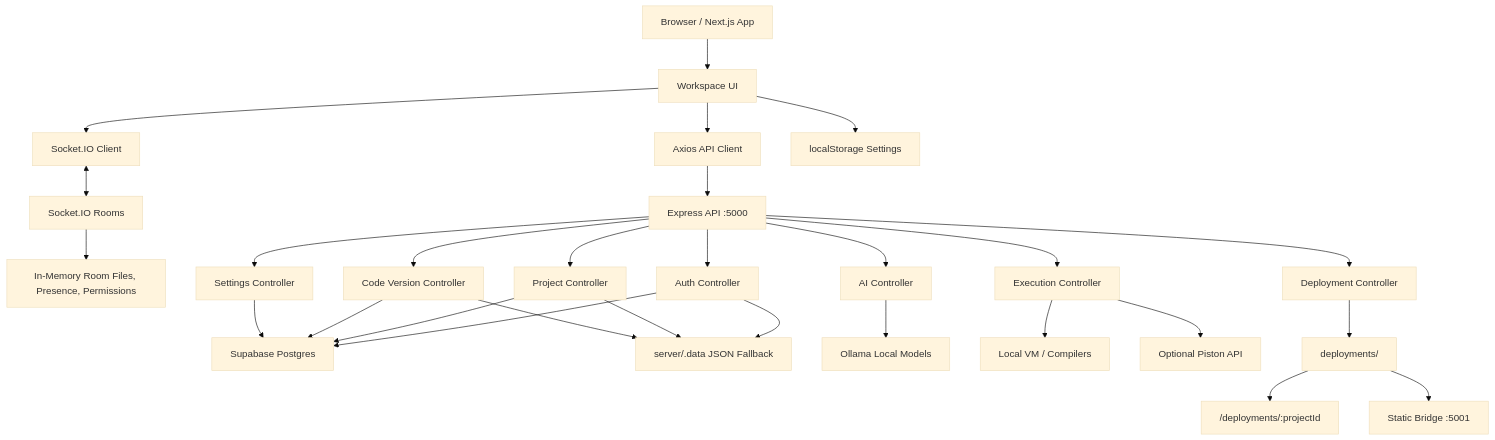
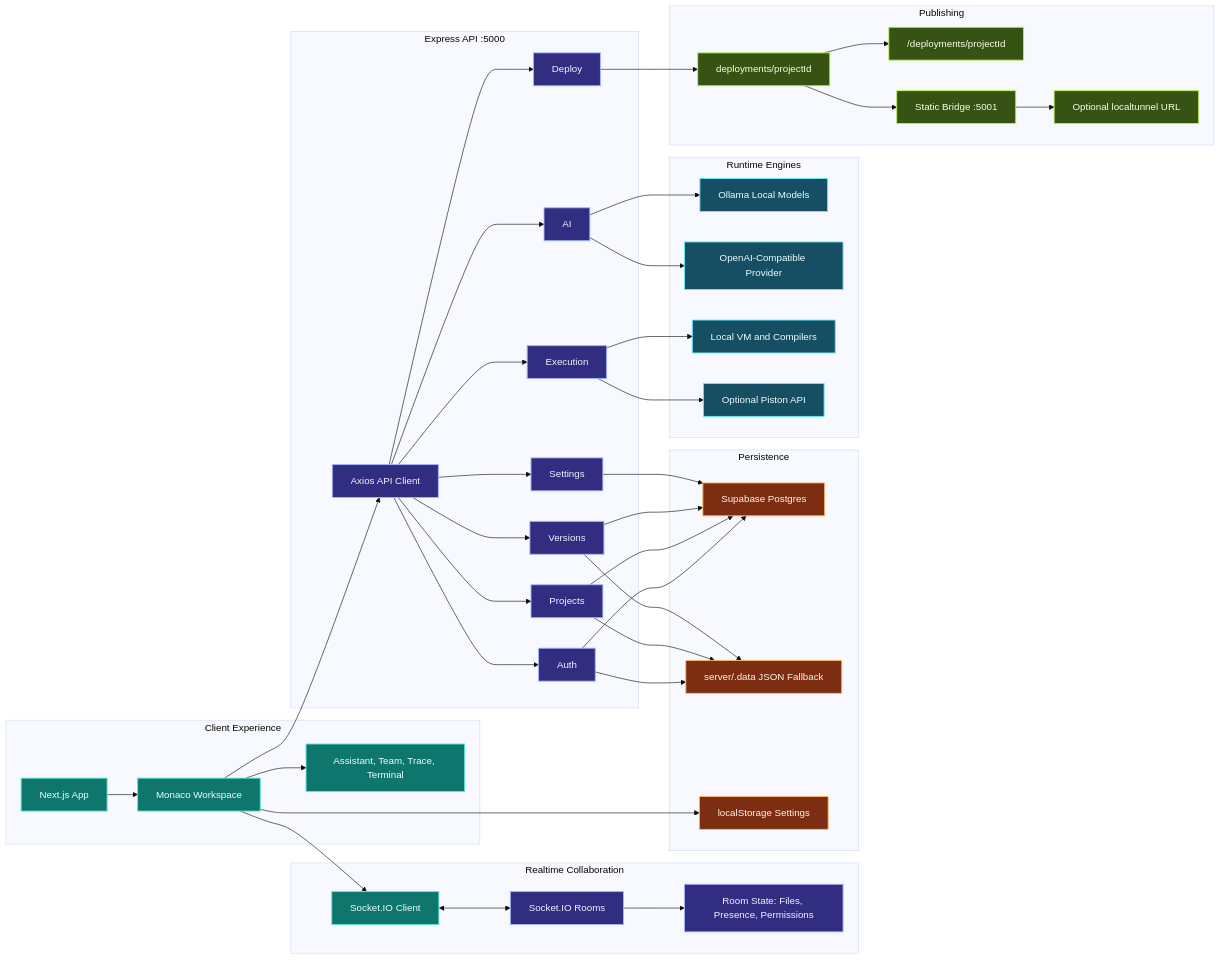
Before and after one commit to Ayush-Kumar0207/codeverse: the first of 2 diagrams in README.md, drawn with Mermaid (base theme). The commit also changed other lines of this file and 12 other files, not shown here.

Commit message:
feat: implement deployment service and client-side integration for project hosting

````diff
--- a/README.md
+++ b/README.md
@@ -247,35 +252,87 @@
 ```mermaid
-flowchart TD
-  Browser["Browser / Next.js App"] --> UI["Workspace UI"]
-  UI --> API["Axios API Client"]
-  UI --> SocketClient["Socket.IO Client"]
-  UI --> LocalState["localStorage Settings"]
+flowchart LR
+  classDef client fill:#0f766e,stroke:#5eead4,color:#ecfeff,stroke-width:1.5px;
+  classDef server fill:#312e81,stroke:#a5b4fc,color:#eef2ff,stroke-width:1.5px;
+  classDef data fill:#7c2d12,stroke:#fdba74,color:#fff7ed,stroke-width:1.5px;
+  classDef runtime fill:#164e63,stroke:#67e8f9,color:#ecfeff,stroke-width:1.5px;
+  classDef deploy fill:#365314,stroke:#bef264,color:#f7fee7,stroke-width:1.5px;
 
-  API --> Express["Express API :5000"]
-  SocketClient <--> SocketServer["Socket.IO Rooms"]
-  SocketServer --> RoomState["In-Memory Room Files, Presence, Permissions"]
+  subgraph C["Client Experience"]
+    Browser["Next.js App"]
+    Workspace["Monaco Workspace"]
+    Panels["Assistant, Team, Trace, Terminal"]
+    Browser --> Workspace
+    Workspace --> Panels
+  end
 
-  Express --> Auth["Auth Controller"]
-  Express --> Projects["Project Controller"]
-  Express --> Code["Code Version Controller"]
-  Express --> AI["AI Controller"]
-  Express --> Execute["Execution Controller"]
-  Express --> Deploy["Deployment Controller"]
-  Express --> Settings["Settings Controller"]
+  subgraph R["Realtime Collaboration"]
+    SocketClient["Socket.IO Client"]
+    SocketServer["Socket.IO Rooms"]
+    RoomState["Room State: Files, Presence, Permissions"]
+    SocketClient <--> SocketServer
+    SocketServer --> RoomState
+  end
 
-  Auth --> Supabase["Supabase Postgres"]
+  subgraph A["Express API :5000"]
+    API["Axios API Client"]
+    Auth["Auth"]
+    Projects["Projects"]
+    Code["Versions"]
+    AI["AI"]
+    Execute["Execution"]
+    Deploy["Deploy"]
+    Settings["Settings"]
+    API --> Auth
+    API --> Projects
+    API --> Code
+    API --> AI
+    API --> Execute
+    API --> Deploy
+    API --> Settings
+  end
+
+  subgraph D["Persistence"]
+    Supabase["Supabase Postgres"]
+    LocalJSON["server/.data JSON Fallback"]
+    LocalState["localStorage Settings"]
+  end
+
+  subgraph X["Runtime Engines"]
+    Ollama["Ollama Local Models"]
+    OpenAI["OpenAI-Compatible Provider"]
+    LocalRuntime["Local VM and Compilers"]
+    Piston["Optional Piston API"]
+  end
+
+  subgraph P["Publishing"]
+    Deployments["deployments/projectId"]
+    StaticAPI["/deployments/projectId"]
+    StaticBridge["Static Bridge :5001"]
+    Tunnel["Optional localtunnel URL"]
+    Deployments --> StaticAPI
+    Deployments --> StaticBridge
+    StaticBridge --> Tunnel
+  end
+
+  Workspace --> API
+  Workspace --> SocketClient
+  Workspace --> LocalState
+  Auth --> Supabase
   Projects --> Supabase
   Code --> Supabase
   Settings --> Supabase
-
-  Auth --> LocalJSON["server/.data JSON Fallback"]
+  Auth --> LocalJSON
   Projects --> LocalJSON
   Code --> LocalJSON
+  AI --> Ollama
+  AI --> OpenAI
+  Execute --> LocalRuntime
+  Execute --> Piston
+  Deploy --> Deployments
 
-  AI --> Ollama["Ollama Local Models"]
-  Execute --> LocalRuntime["Local VM / Compilers"]
-  Execute --> Piston["Optional Piston API"]
-  Deploy --> Deployments["deployments/<projectId>"]
-  Deployments --> StaticAPI["/deployments/:projectId"]
-  Deployments --> StaticBridge["Static Bridge :5001"]
+  class Browser,Workspace,Panels,SocketClient client;
+  class API,Auth,Projects,Code,AI,Execute,Deploy,Settings,SocketServer,RoomState server;
+  class Supabase,LocalJSON,LocalState data;
+  class Ollama,OpenAI,LocalRuntime,Piston runtime;
+  class Deployments,StaticAPI,StaticBridge,Tunnel deploy;
 ```
````
